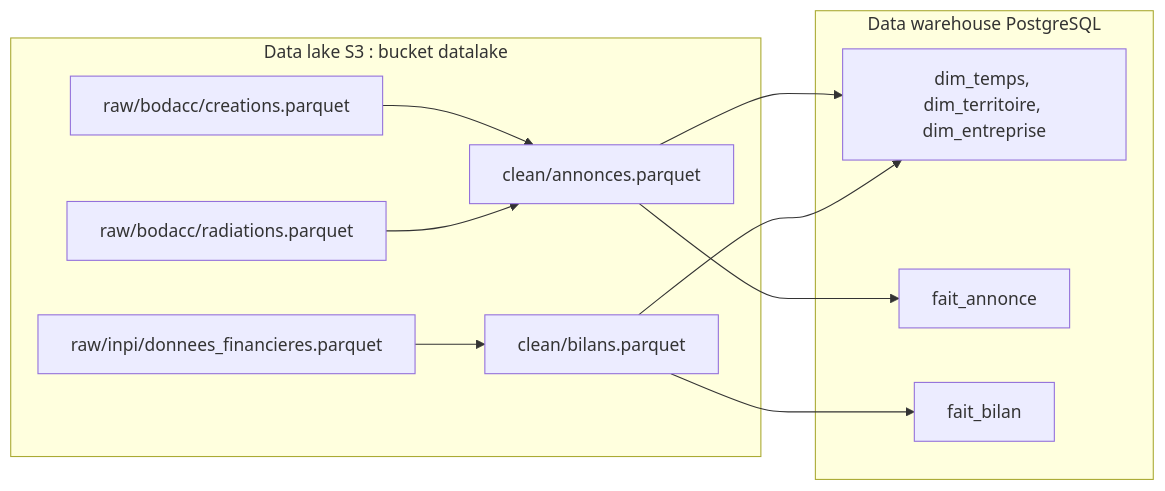
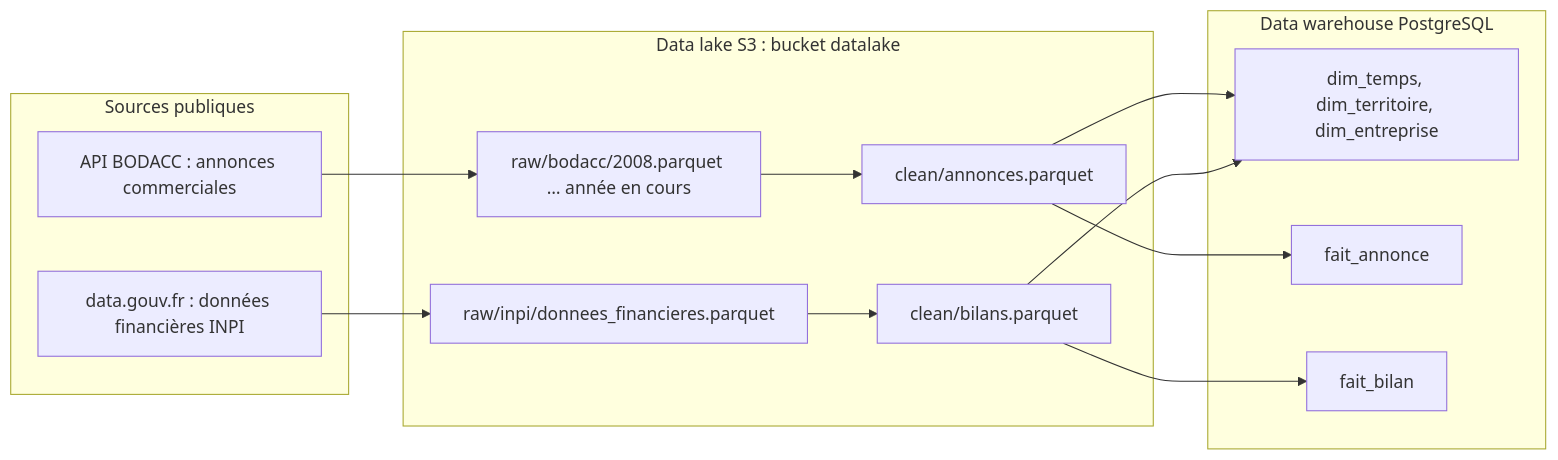
The first of 4 diagrams in exercice-3/README.md (DavidCarry/Processus-decisionnel-et-modeles-de-donnees), drawn with Mermaid before and after one commit. The commit also changed other lines of this file and 7 other files, not shown here.

````diff
--- a/exercice-3/README.md
+++ b/exercice-3/README.md
@@ -44,20 +37,25 @@
 ```mermaid
 flowchart LR
+    subgraph web[Sources publiques]
+        S1[API BODACC : annonces commerciales]
+        S2[data.gouv.fr : données financières INPI]
+    end
     subgraph lake[Data lake S3 : bucket datalake]
-        R1[raw/bodacc/creations.parquet]
-        R2[raw/bodacc/radiations.parquet]
+        R1[raw/bodacc/2008.parquet … année en cours]
         R3[raw/inpi/donnees_financieres.parquet]
         C1[clean/annonces.parquet]
         C2[clean/bilans.parquet]
     end
     subgraph dw[Data warehouse PostgreSQL]
         D[dim_temps, dim_territoire, dim_entreprise]
         F1[fait_annonce]
         F2[fait_bilan]
     end
-    R1 & R2 --> C1
+    S1 --> R1
+    S2 --> R3
+    R1 --> C1
     R3 --> C2
     C1 & C2 --> D
     C1 --> F1
     C2 --> F2
 ```
````
